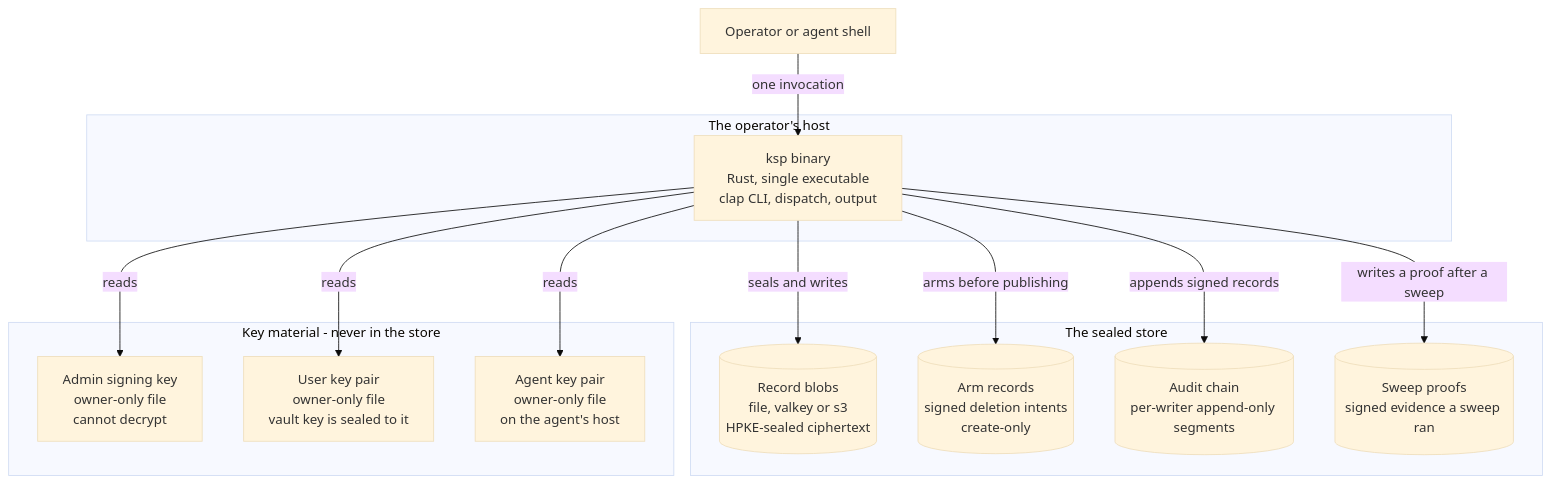
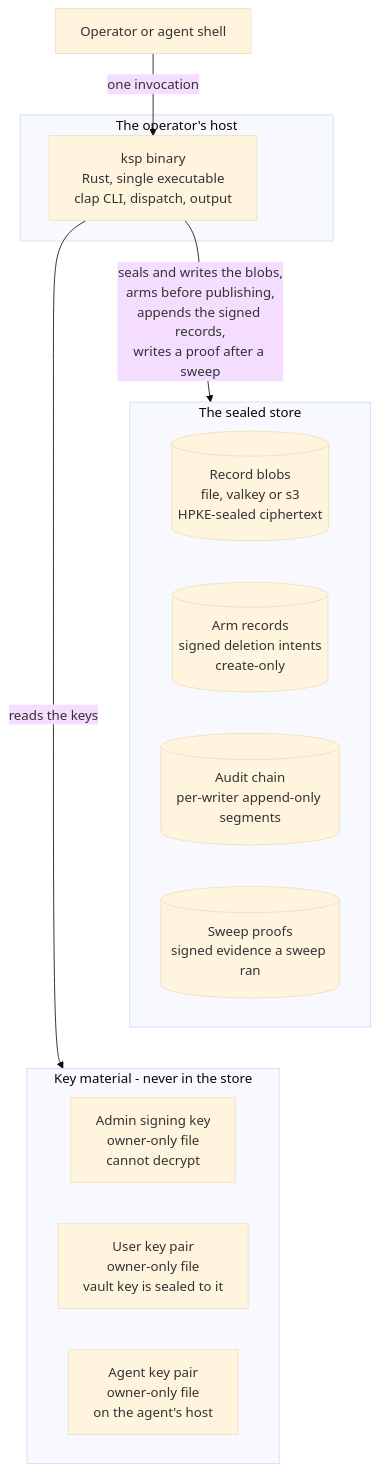
Before and after one commit to bruj0/keyspout: the second of 3 diagrams in site/docs/architecture/overview.md, drawn with Mermaid (base theme). The commit also changed other lines of this file and 22 other files, not shown here.

First line of the commit message:
feat(site): zoom every diagram, and make the wide ones vertical (#21)

````diff
--- a/site/docs/architecture/overview.md
+++ b/site/docs/architecture/overview.md
@@ -55,30 +55,28 @@
 ```mermaid
 flowchart TD
   Client["Operator or agent shell"]
 
   subgraph Host["The operator's host"]
     BIN["ksp binary<br/>Rust, single executable<br/>clap CLI, dispatch, output"]
   end
 
   subgraph Storage["The sealed store"]
     BLOBS[("Record blobs<br/>file, valkey or s3<br/>HPKE-sealed ciphertext")]
     ARMS[("Arm records<br/>signed deletion intents<br/>create-only")]
     AUDIT[("Audit chain<br/>per-writer append-only segments")]
     PROOFS[("Sweep proofs<br/>signed evidence a sweep ran")]
   end
 
   subgraph Keys["Key material - never in the store"]
     ADMINKEY["Admin signing key<br/>owner-only file<br/>cannot decrypt"]
     USERKEY["User key pair<br/>owner-only file<br/>vault key is sealed to it"]
     AGENTKEY["Agent key pair<br/>owner-only file<br/>on the agent's host"]
   end
 
   Client -->|"one invocation"| BIN
-  BIN -->|"seals and writes"| BLOBS
-  BIN -->|"arms before publishing"| ARMS
-  BIN -->|"appends signed records"| AUDIT
-  BIN -->|"writes a proof after a sweep"| PROOFS
-  BIN -->|"reads"| ADMINKEY
-  BIN -->|"reads"| USERKEY
-  BIN -->|"reads"| AGENTKEY
+  BIN -->|"seals and writes the blobs,<br/>arms before publishing,<br/>appends the signed records,<br/>writes a proof after a sweep"| Storage
+  BIN -->|"reads the keys"| Keys
+  Storage ~~~ Keys
+  Host ~~~ Storage
+
 ```
````
